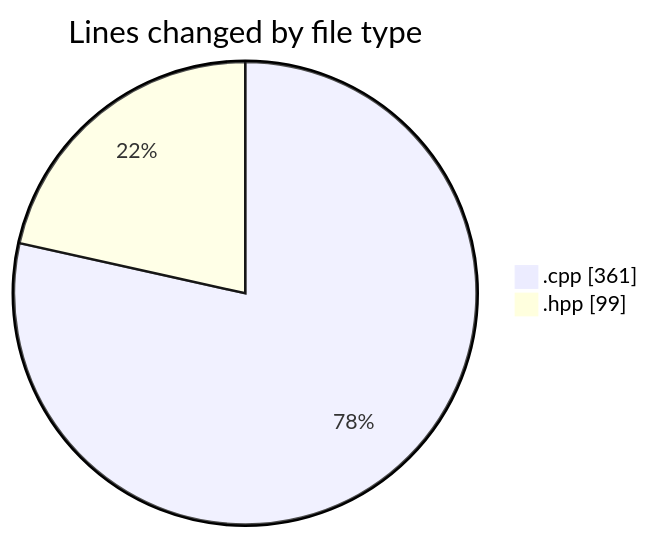
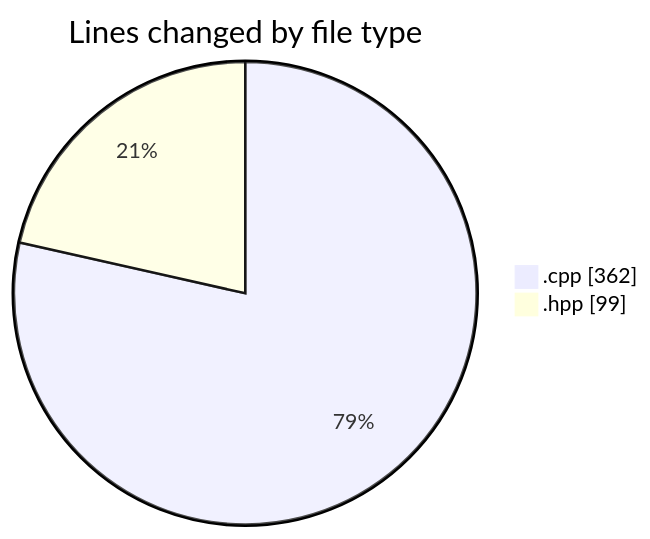
Before and after one commit to Netris89/code-tracking: the first of 2 diagrams in 2025-04-24/echo/README.md, drawn with Mermaid. The commit also changed other lines of this file and 1 other file, not shown here.

````diff
--- a/2025-04-24/echo/README.md
+++ b/2025-04-24/echo/README.md
@@ -21,6 +21,6 @@
 ```mermaid
 pie showData
 title Lines changed by file type
-".cpp" : 361
+".cpp" : 362
 ".hpp" : 99
 ```
````
